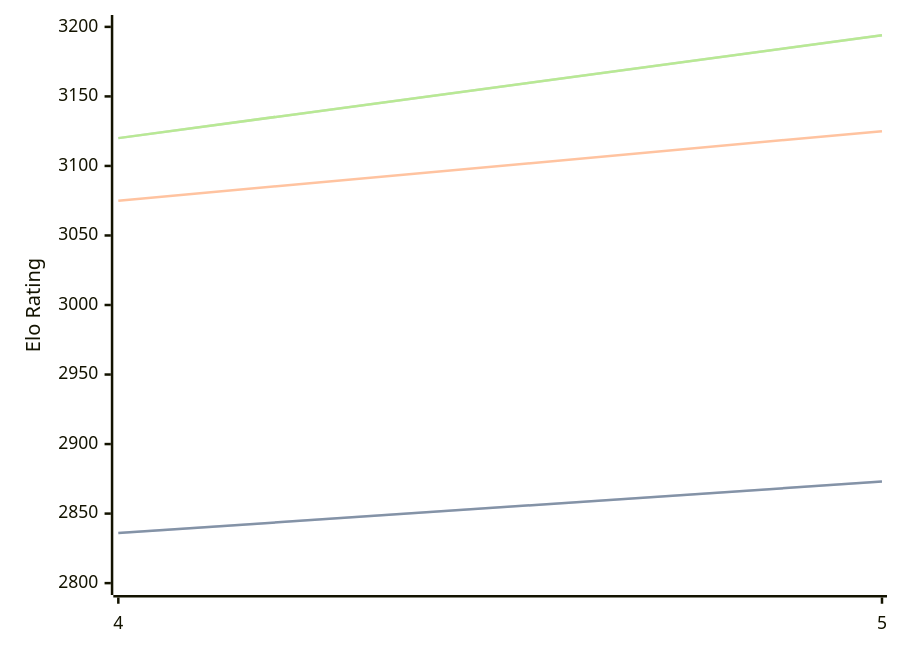
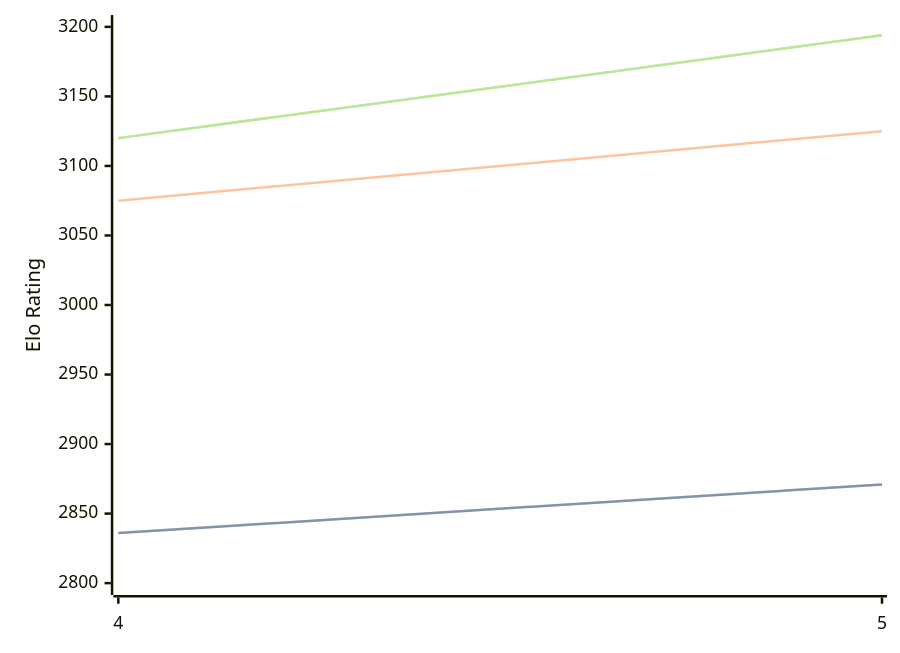
The first of 3 diagrams in engines/Cwtch.md (computer-chess-index/cci), drawn with Mermaid before and after one commit. The commit also changed other lines of this file, not shown here.

````diff
--- a/engines/Cwtch.md
+++ b/engines/Cwtch.md
@@ -34,11 +34,11 @@
 ```mermaid
 %%{init: {"theme":"base","themeVariables":{"seriesColors:['#a3a3a3','#222221','#faa371']}}}%%
 xychart-beta
   x-axis ["4", "5"]
   y-axis "Elo Rating" 2800 --> 3200
-  line "STC (8.0+0.08s)" [2836, 2873]
-  line "STC (8.0+0.08s)" [2836, 2873]
+  line "STC (8.0+0.08s)" [2836, 2871]
+  line "STC (8.0+0.08s)" [2836, 2871]
   line "LTC (60.0+0.60s)" [3075, 3125]
   line "VLTC (2m24s+1.12s)" [3120, 3194]
   line "VLTC (2m24s+1.12s)" [3120, 3194]
 ```
````
